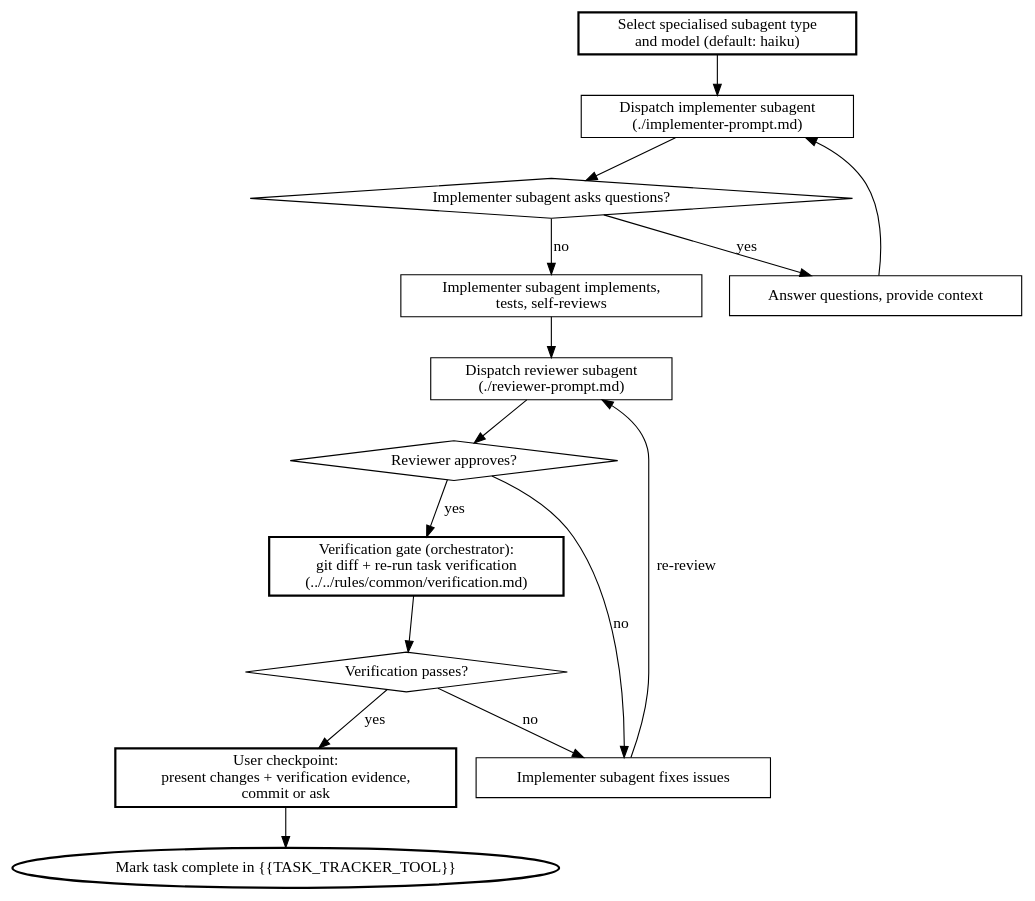
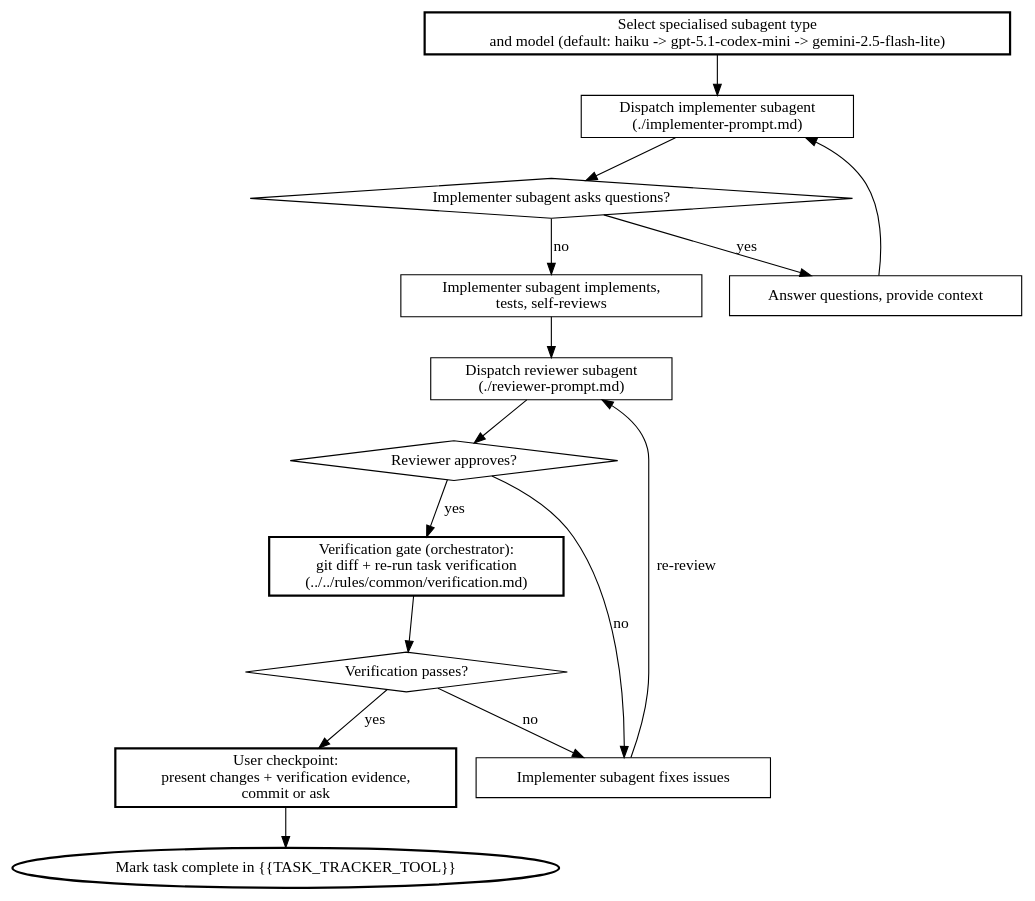
One commit to philipobenito/elelem changed the diagram in skills/subagent-driven-development/SKILL.md. Above: the diagram before and after it, drawn with Graphviz. The commit also changed other lines of this file and 10 other files, not shown here.

````diff
--- a/skills/subagent-driven-development/SKILL.md
+++ b/skills/subagent-driven-development/SKILL.md
@@ -87,33 +87,33 @@
 ```dot
 digraph per_task_pipeline {
     rankdir=TB;
 
-    "Select specialised subagent type\nand model (default: haiku)" [shape=box, style=bold];
+    "Select specialised subagent type\nand model (default: haiku -> gpt-5.1-codex-mini -> gemini-2.5-flash-lite)" [shape=box, style=bold];
     "Dispatch implementer subagent\n(./implementer-prompt.md)" [shape=box];
     "Implementer subagent asks questions?" [shape=diamond];
     "Answer questions, provide context" [shape=box];
     "Implementer subagent implements,\ntests, self-reviews" [shape=box];
     "Dispatch reviewer subagent\n(./reviewer-prompt.md)" [shape=box];
     "Reviewer approves?" [shape=diamond];
     "Implementer subagent fixes issues" [shape=box];
     "Verification gate (orchestrator):\ngit diff + re-run task verification\n(../../rules/common/verification.md)" [shape=box, style=bold];
     "Verification passes?" [shape=diamond];
     "User checkpoint:\npresent changes + verification evidence,\ncommit or ask" [shape=box, style=bold];
     "Mark task complete in {{TASK_TRACKER_TOOL}}" [style=bold];
 
-    "Select specialised subagent type\nand model (default: haiku)" -> "Dispatch implementer subagent\n(./implementer-prompt.md)";
+    "Select specialised subagent type\nand model (default: haiku -> gpt-5.1-codex-mini -> gemini-2.5-flash-lite)" -> "Dispatch implementer subagent\n(./implementer-prompt.md)";
     "Dispatch implementer subagent\n(./implementer-prompt.md)" -> "Implementer subagent asks questions?";
     "Implementer subagent asks questions?" -> "Answer questions, provide context" [label="yes"];
     "Answer questions, provide context" -> "Dispatch implementer subagent\n(./implementer-prompt.md)";
     "Implementer subagent asks questions?" -> "Implementer subagent implements,\ntests, self-reviews" [label="no"];
     "Implementer subagent implements,\ntests, self-reviews" -> "Dispatch reviewer subagent\n(./reviewer-prompt.md)";
     "Dispatch reviewer subagent\n(./reviewer-prompt.md)" -> "Reviewer approves?";
     "Reviewer approves?" -> "Implementer subagent fixes issues" [label="no"];
     "Implementer subagent fixes issues" -> "Dispatch reviewer subagent\n(./reviewer-prompt.md)" [label="re-review"];
     "Reviewer approves?" -> "Verification gate (orchestrator):\ngit diff + re-run task verification\n(../../rules/common/verification.md)" [label="yes"];
     "Verification gate (orchestrator):\ngit diff + re-run task verification\n(../../rules/common/verification.md)" -> "Verification passes?";
     "Verification passes?" -> "Implementer subagent fixes issues" [label="no"];
     "Verification passes?" -> "User checkpoint:\npresent changes + verification evidence,\ncommit or ask" [label="yes"];
     "User checkpoint:\npresent changes + verification evidence,\ncommit or ask" -> "Mark task complete in {{TASK_TRACKER_TOOL}}";
 }
 ```
````
